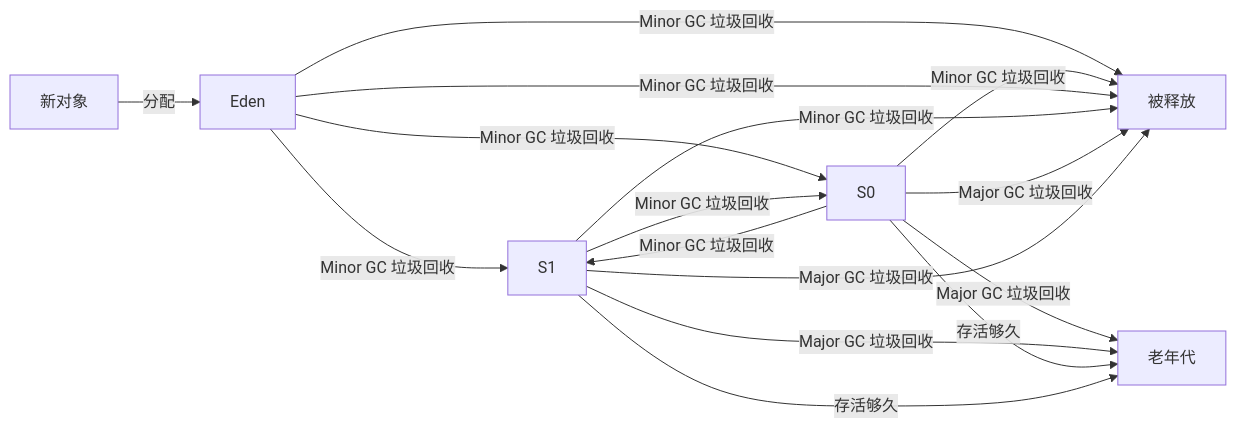
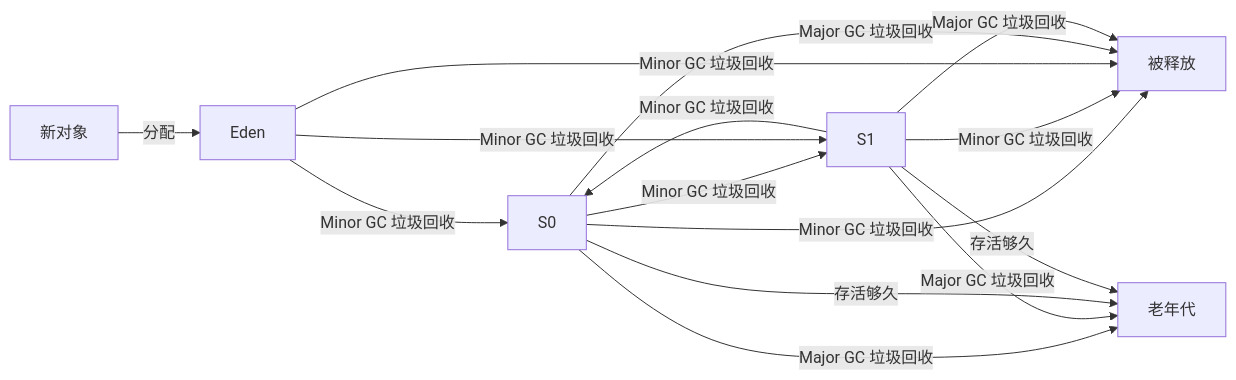
Before and after one commit to XingZiNina/Eazy-wiki-mc: the diagram in docs/advanced/java-gc.md, drawn with Mermaid. The commit also changed 7 other files, not shown here.

````diff
--- a/docs/advanced/java-gc.md
+++ b/docs/advanced/java-gc.md
@@ -19,8 +19,9 @@
 ```mermaid
 flowchart LR
     新对象-->|分配|Eden
-    Eden & S0-->|Minor GC 垃圾回收|S1 & 被释放
-    Eden & S1-->|Minor GC 垃圾回收|S0 & 被释放
+    S0-->|Minor GC 垃圾回收|S1 & 被释放
+    S1-->|Minor GC 垃圾回收|S0 & 被释放
+    Eden-->|Minor GC 垃圾回收|S0 & S1 & 被释放
     S0 & S1-->|Major GC 垃圾回收|老年代 & 被释放
     S0 & S1-->|存活够久|老年代
 ```
````
